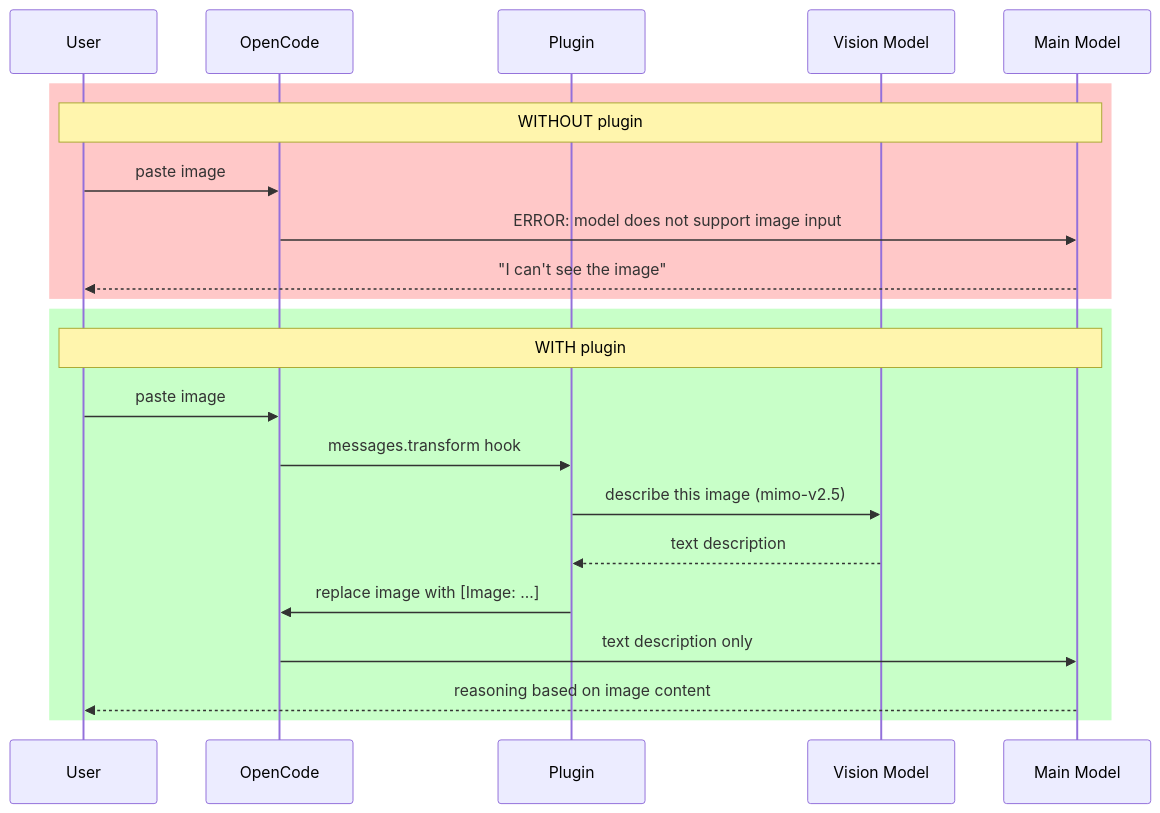
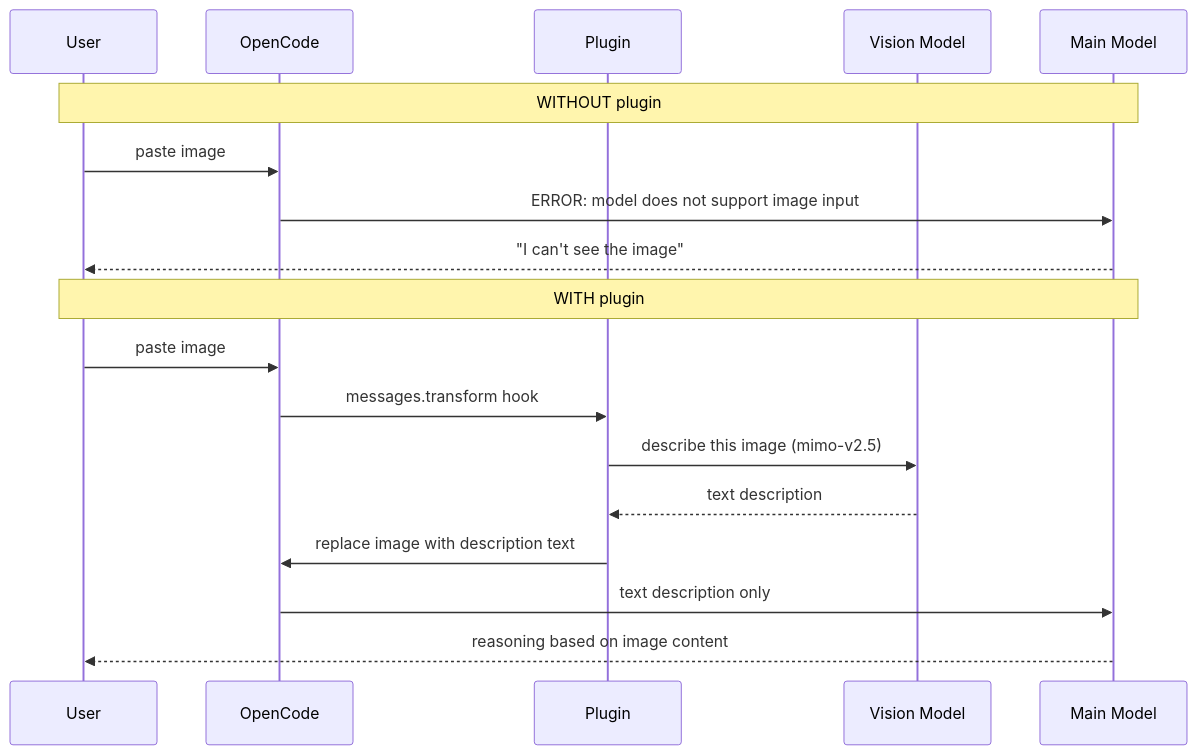
One commit to TudeOrangBiasa/opencode-vision-fallback changed the second of 2 diagrams in README.md. Above: the diagram before and after it, drawn with Mermaid. The commit also changed other lines of this file, not shown here.

Commit message:
fix: mermaid diagram syntax — remove brackets from labels, drop colored rects

````diff
--- a/README.md
+++ b/README.md
@@ -63,26 +63,22 @@
 ```mermaid
 sequenceDiagram
     participant U as User
     participant O as OpenCode
     participant P as Plugin
     participant V as Vision Model
     participant M as Main Model
 
-    rect rgb(255, 200, 200)
     Note over U,M: WITHOUT plugin
     U->>O: paste image
     O->>M: ERROR: model does not support image input
     M-->>U: "I can't see the image"
-    end
 
-    rect rgb(200, 255, 200)
     Note over U,M: WITH plugin
     U->>O: paste image
     O->>P: messages.transform hook
     P->>V: describe this image (mimo-v2.5)
     V-->>P: text description
-    P->>O: replace image with [Image: ...]
+    P->>O: replace image with description text
     O->>M: text description only
     M-->>U: reasoning based on image content
-    end
 ```
````
